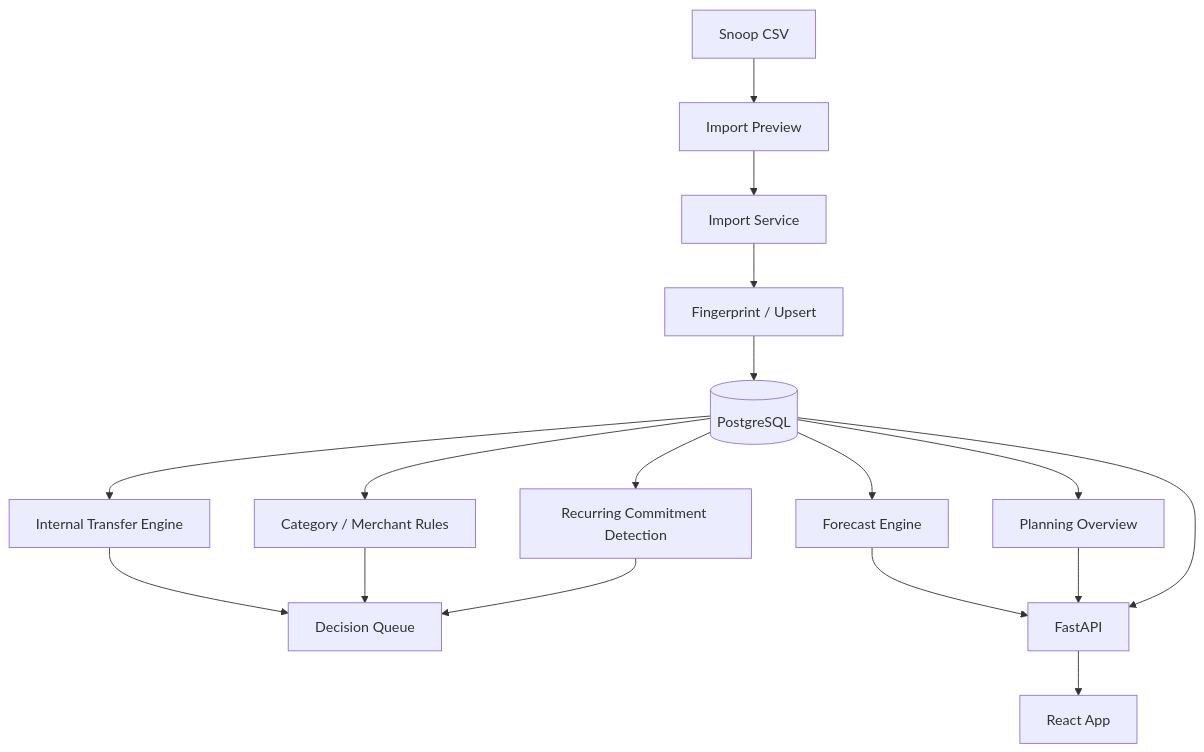
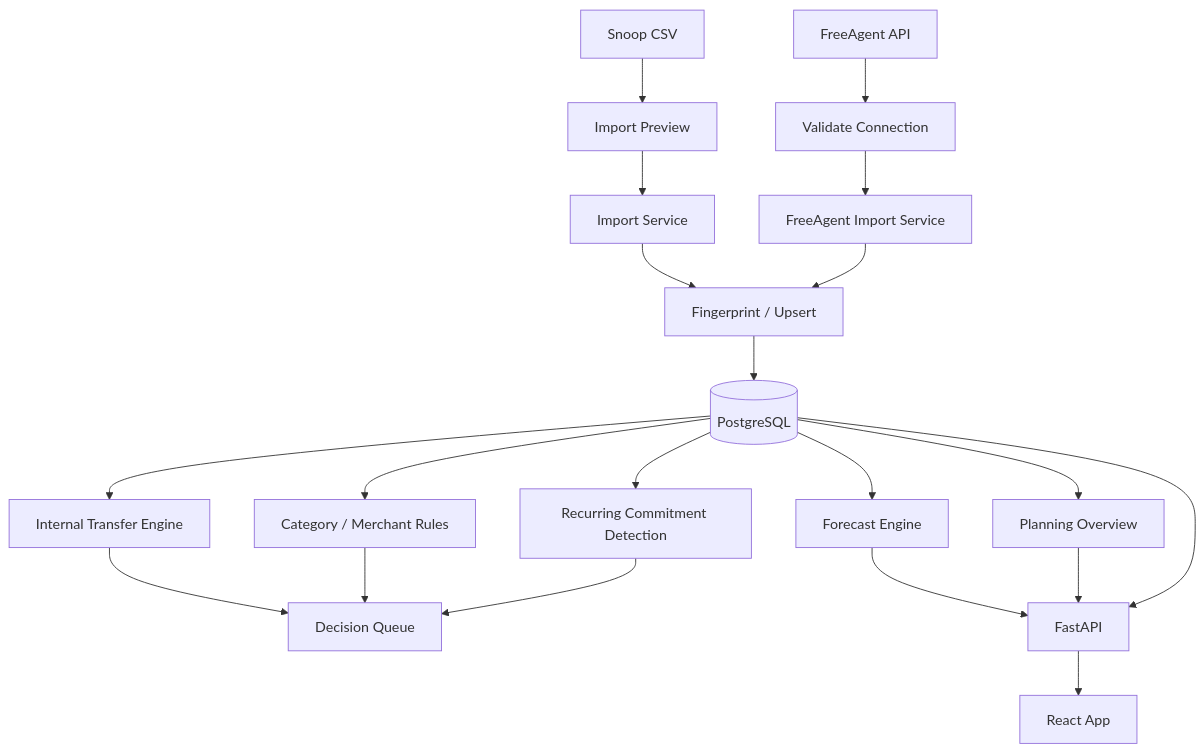
One commit to venkatakgonela/personal-finance-studio changed the diagram in ai/01-architecture.md. Above: the diagram before and after it, drawn with Mermaid. The commit also changed other lines of this file and 10 other files, not shown here.

Commit message:
Update AI architecture docs for integrations and dashboard UX

````diff
--- a/ai/01-architecture.md
+++ b/ai/01-architecture.md
@@ -40,19 +43,22 @@
 ```mermaid
 graph TD
     CSV[Snoop CSV] --> Preview[Import Preview]
+    FreeAgent[FreeAgent API] --> FAValidate[Validate Connection]
+    FAValidate --> FAImport[FreeAgent Import Service]
     Preview --> Import[Import Service]
     Import --> Dedupe[Fingerprint / Upsert]
+    FAImport --> Dedupe
     Dedupe --> DB[(PostgreSQL)]
     DB --> Transfer[Internal Transfer Engine]
     DB --> Rules[Category / Merchant Rules]
     DB --> Recurring[Recurring Commitment Detection]
     Transfer --> Decisions[Decision Queue]
     Rules --> Decisions
     Recurring --> Decisions
     DB --> Forecast[Forecast Engine]
     DB --> Planning[Planning Overview]
     Forecast --> API[FastAPI]
     Planning --> API
     DB --> API
     API --> UI[React App]
 ```
````
